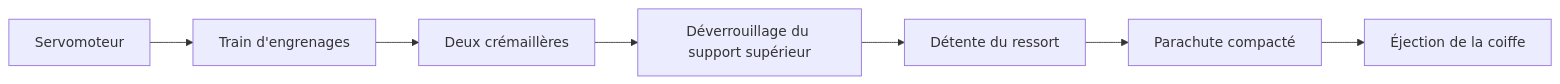
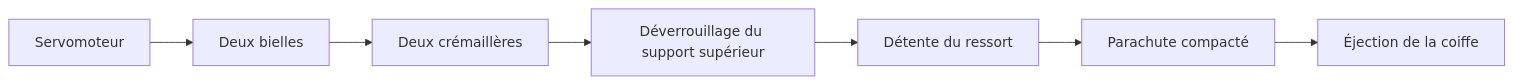
Before and after one commit to CDKme1/experimental-model-rocket: the diagram in README.md, drawn with Mermaid. The commit also changed other lines of this file, not shown here.

First line of the commit message:
docs: présenter la configuration d’éjection à deux bielles

````diff
--- a/README.md
+++ b/README.md
@@ -23,9 +41,9 @@
 ```mermaid
 flowchart LR
-  S[Servomoteur] --> E[Train d'engrenages]
-  E --> C[Deux crémaillères]
+  S[Servomoteur] --> B[Deux bielles]
+  B --> C[Deux crémaillères]
   C --> V[Déverrouillage du support supérieur]
   V --> R[Détente du ressort]
   R --> P[Parachute compacté]
   P --> O[Éjection de la coiffe]
 ```
````
